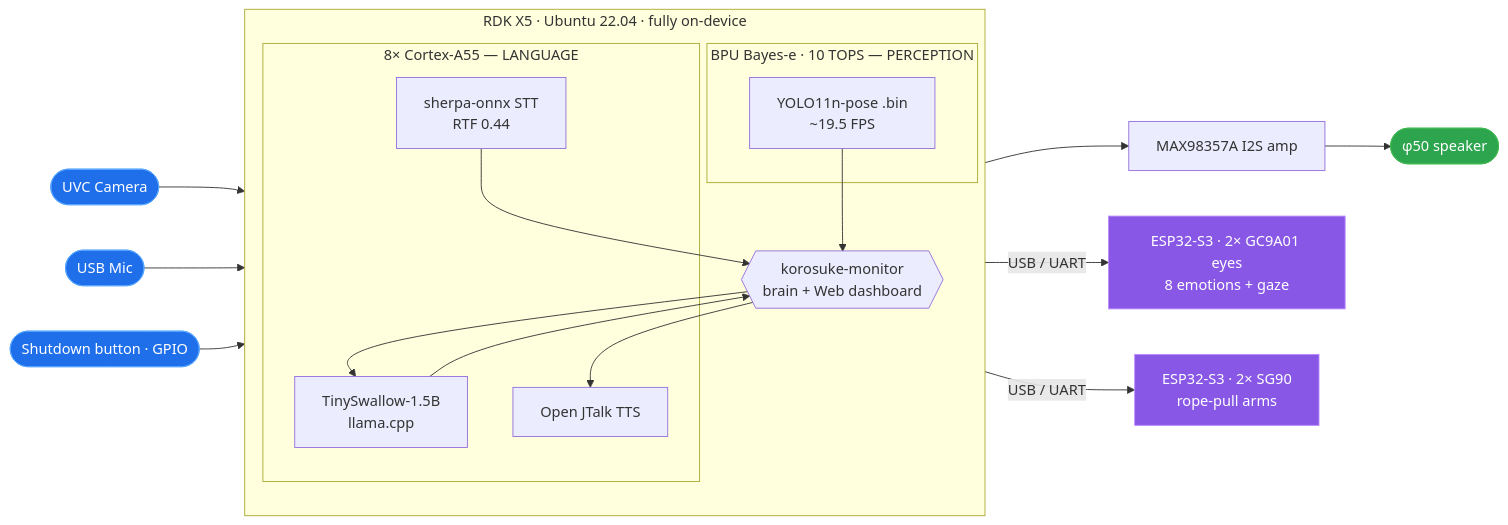
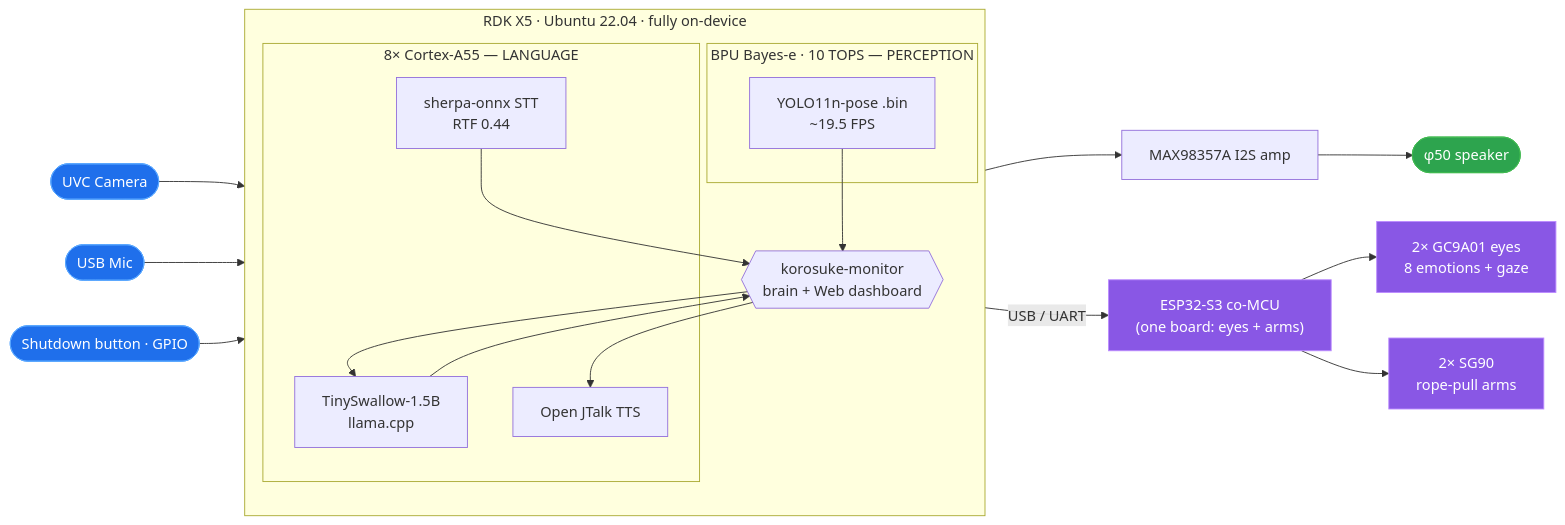
Before and after one commit to gurimaruking/corosuke-robot: the second of 3 diagrams in STAGE3.md, drawn with Mermaid. The commit also changed 1 other file, not shown here.

Commit message:
docs: パイプライン図の誤解を修正 — ESP32-S3は1台(目2+腕2を兼務)を1ノード+分岐で表現(STAGE3/ブログ両方)

````diff
--- a/STAGE3.md
+++ b/STAGE3.md
@@ -175,30 +175,31 @@
 ```mermaid
 flowchart LR
     CAM([UVC Camera]):::s --> YOLO
     MIC([USB Mic]):::s --> STT
     BTN([Shutdown button · GPIO]):::s --> BRAIN
 
     subgraph RDK["RDK X5 · Ubuntu 22.04 · fully on-device"]
       direction TB
       subgraph BPU["BPU Bayes-e · 10 TOPS — PERCEPTION"]
         YOLO["YOLO11n-pose .bin<br/>~19.5 FPS"]
       end
       subgraph CPU["8× Cortex-A55 — LANGUAGE"]
         STT["sherpa-onnx STT<br/>RTF 0.44"]
         LLM["TinySwallow-1.5B<br/>llama.cpp"]
         TTS["Open JTalk TTS"]
       end
       BRAIN{{"korosuke-monitor<br/>brain + Web dashboard"}}
     end
 
     YOLO --> BRAIN
     STT --> BRAIN
     BRAIN --> LLM --> BRAIN
     BRAIN --> TTS --> AMP["MAX98357A I2S amp"] --> SPK([φ50 speaker]):::o
-    BRAIN -->|USB / UART| EYES["ESP32-S3 · 2× GC9A01 eyes<br/>8 emotions + gaze"]:::m
-    BRAIN -->|USB / UART| ARMS["ESP32-S3 · 2× SG90<br/>rope-pull arms"]:::m
+    BRAIN -->|USB / UART| ESP32["ESP32-S3 co-MCU<br/>(one board: eyes + arms)"]:::m
+    ESP32 --> EYES["2× GC9A01 eyes<br/>8 emotions + gaze"]:::m
+    ESP32 --> ARMS["2× SG90<br/>rope-pull arms"]:::m
 
     classDef s fill:#1f6feb,color:#fff,stroke:#58a6ff;
     classDef m fill:#8957e5,color:#fff,stroke:#bc8cff;
     classDef o fill:#2da44e,color:#fff,stroke:#3fb950;
 ```
````
